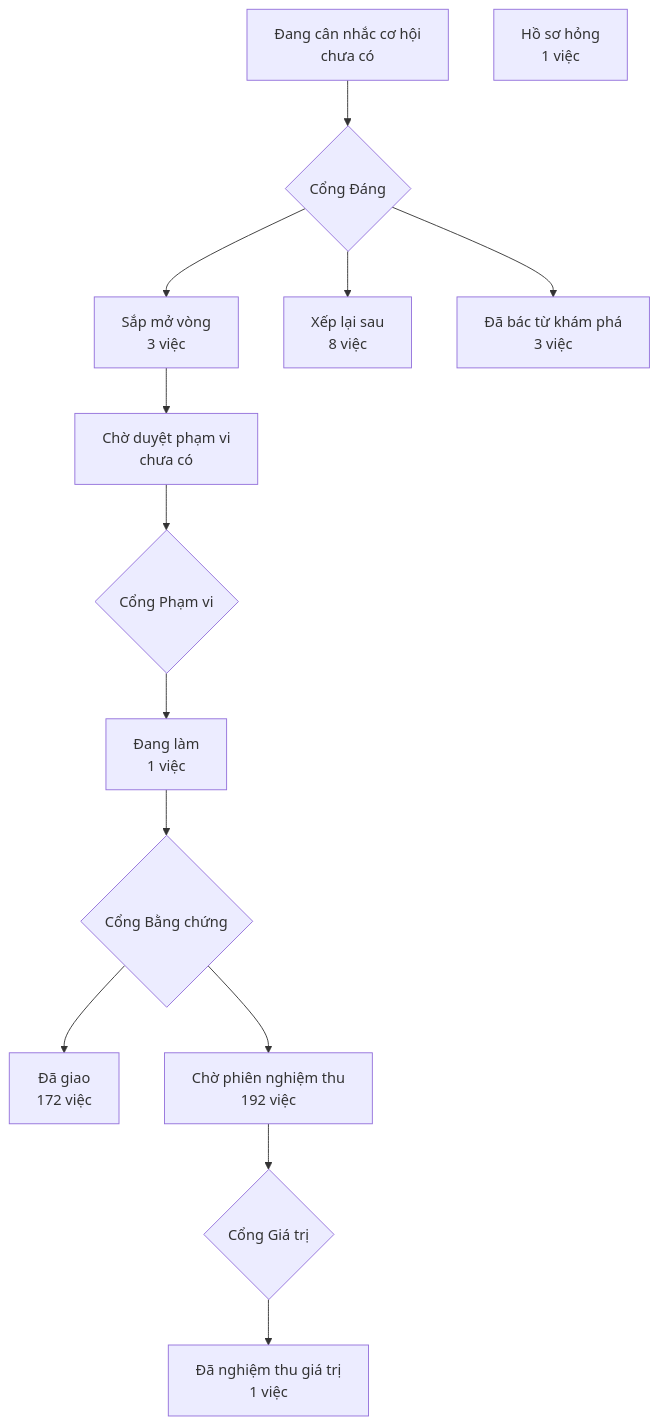
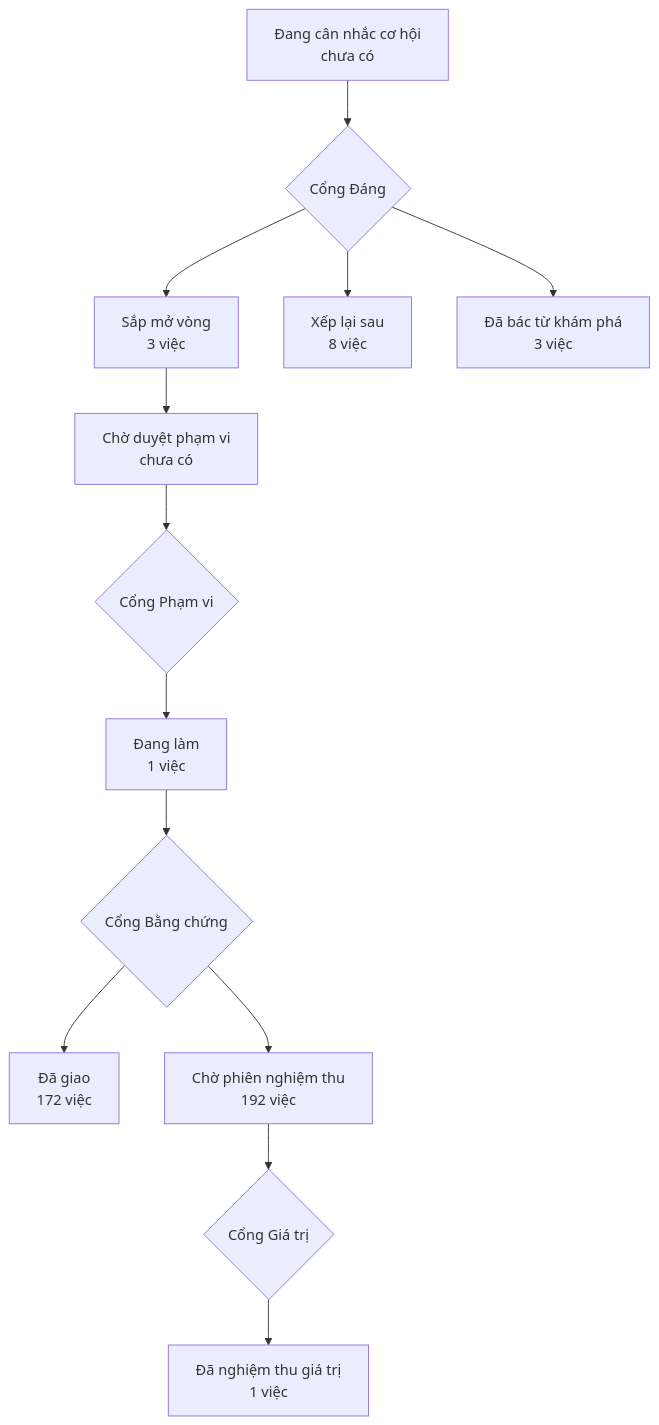
One commit to phanlemanh/crm-onehub changed the diagram in PRODUCT-MAP.md. Above: the diagram before and after it, drawn with Mermaid. The commit also changed other lines of this file and 1 other file, not shown here.

````diff
--- a/PRODUCT-MAP.md
+++ b/PRODUCT-MAP.md
@@ -7,13 +7,12 @@
 ```mermaid
 flowchart TD
   A["Đang cân nhắc cơ hội<br/>chưa có"] --> GD{"Cổng Đáng"}
   GD --> B["Sắp mở vòng<br/>3 việc"]
   GD --> XL["Xếp lại sau<br/>8 việc"]
   GD --> DB["Đã bác từ khám phá<br/>3 việc"]
   B --> CD["Chờ duyệt phạm vi<br/>chưa có"] --> GP{"Cổng Phạm vi"}
   GP --> DL["Đang làm<br/>1 việc"] --> GB{"Cổng Bằng chứng"}
   GB --> DG["Đã giao<br/>172 việc"]
   GB --> CN["Chờ phiên nghiệm thu<br/>192 việc"] --> GG{"Cổng Giá trị"}
   GG --> NT["Đã nghiệm thu giá trị<br/>1 việc"]
-  HS["Hồ sơ hỏng<br/>1 việc"]
 ```
````
